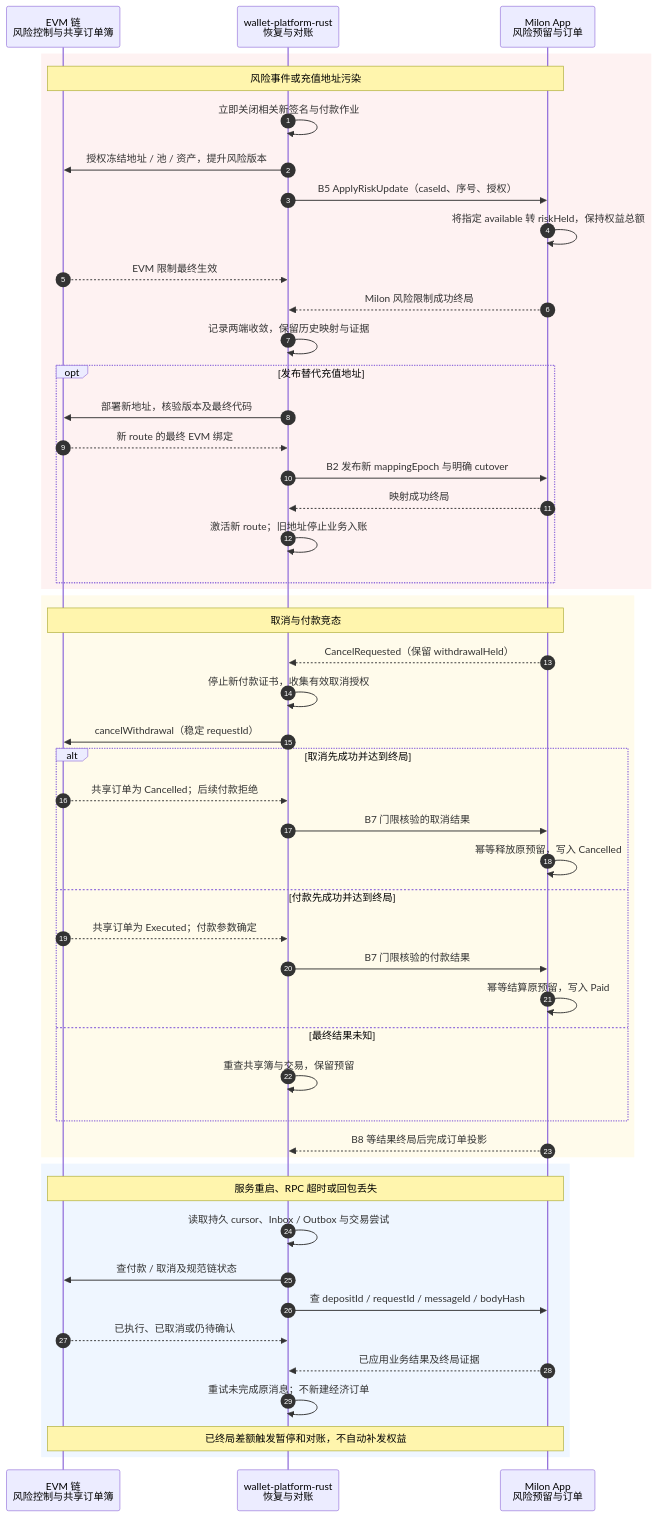
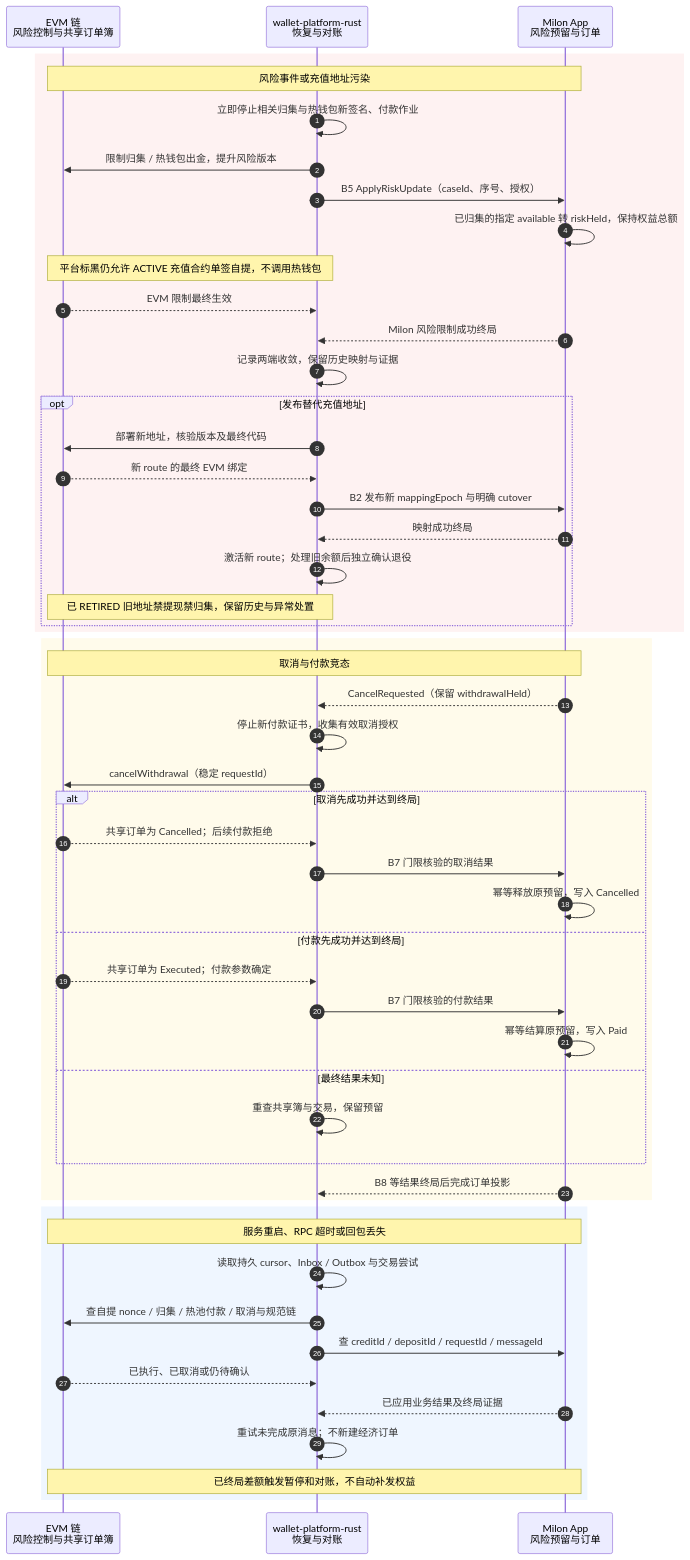
The diagram in docs-v2/evm-wallet-platform-contract-design/20261011-cross-chain-recovery-sequence.mmd (Alonoril/wallet-platform), drawn with Mermaid before and after one commit. The commit also changed 12 other files, not shown here.

```diff
--- a/docs-v2/evm-wallet-platform-contract-design/20261011-cross-chain-recovery-sequence.mmd
+++ b/docs-v2/evm-wallet-platform-contract-design/20261011-cross-chain-recovery-sequence.mmd
@@ -1,53 +1,55 @@
 sequenceDiagram
     autonumber
     participant E as EVM 链<br/>风险控制与共享订单簿
     participant R as wallet-platform-rust<br/>恢复与对账
     participant M as Milon App<br/>风险预留与订单
 
     rect rgb(254, 242, 242)
         Note over E,M: 风险事件或充值地址污染
-        R->>R: 立即关闭相关新签名与付款作业
-        R->>E: 授权冻结地址 / 池 / 资产，提升风险版本
+        R->>R: 立即停止相关归集与热钱包新签名、付款作业
+        R->>E: 限制归集 / 热钱包出金，提升风险版本
         R->>M: B5 ApplyRiskUpdate（caseId、序号、授权）
-        M->>M: 将指定 available 转 riskHeld，保持权益总额
+        M->>M: 已归集的指定 available 转 riskHeld，保持权益总额
+        Note over E,R: 平台标黑仍允许 ACTIVE 充值合约单签自提，不调用热钱包
         E-->>R: EVM 限制最终生效
         M-->>R: Milon 风险限制成功终局
         R->>R: 记录两端收敛，保留历史映射与证据
         opt 发布替代充值地址
             R->>E: 部署新地址，核验版本及最终代码
             E-->>R: 新 route 的最终 EVM 绑定
             R->>M: B2 发布新 mappingEpoch 与明确 cutover
             M-->>R: 映射成功终局
-            R->>R: 激活新 route；旧地址停止业务入账
+            R->>R: 激活新 route；处理旧余额后独立确认退役
+            Note over E,R: 已 RETIRED 旧地址禁提现禁归集，保留历史与异常处置
         end
     end
 
     rect rgb(255, 251, 235)
         Note over E,M: 取消与付款竞态
         M-->>R: CancelRequested（保留 withdrawalHeld）
         R->>R: 停止新付款证书，收集有效取消授权
         R->>E: cancelWithdrawal（稳定 requestId）
         alt 取消先成功并达到终局
             E-->>R: 共享订单为 Cancelled；后续付款拒绝
             R->>M: B7 门限核验的取消结果
             M->>M: 幂等释放原预留，写入 Cancelled
         else 付款先成功并达到终局
             E-->>R: 共享订单为 Executed；付款参数确定
             R->>M: B7 门限核验的付款结果
             M->>M: 幂等结算原预留，写入 Paid
         else 最终结果未知
             R->>R: 重查共享簿与交易，保留预留
         end
         M-->>R: B8 等结果终局后完成订单投影
     end
 
     rect rgb(239, 246, 255)
         Note over E,M: 服务重启、RPC 超时或回包丢失
         R->>R: 读取持久 cursor、Inbox / Outbox 与交易尝试
-        R->>E: 查付款 / 取消及规范链状态
-        R->>M: 查 depositId / requestId / messageId / bodyHash
+        R->>E: 查自提 nonce / 归集 / 热池付款 / 取消与规范链
+        R->>M: 查 creditId / depositId / requestId / messageId
         E-->>R: 已执行、已取消或仍待确认
         M-->>R: 已应用业务结果及终局证据
         R->>R: 重试未完成原消息；不新建经济订单
         Note over E,M: 已终局差额触发暂停和对账，不自动补发权益
     end
```
